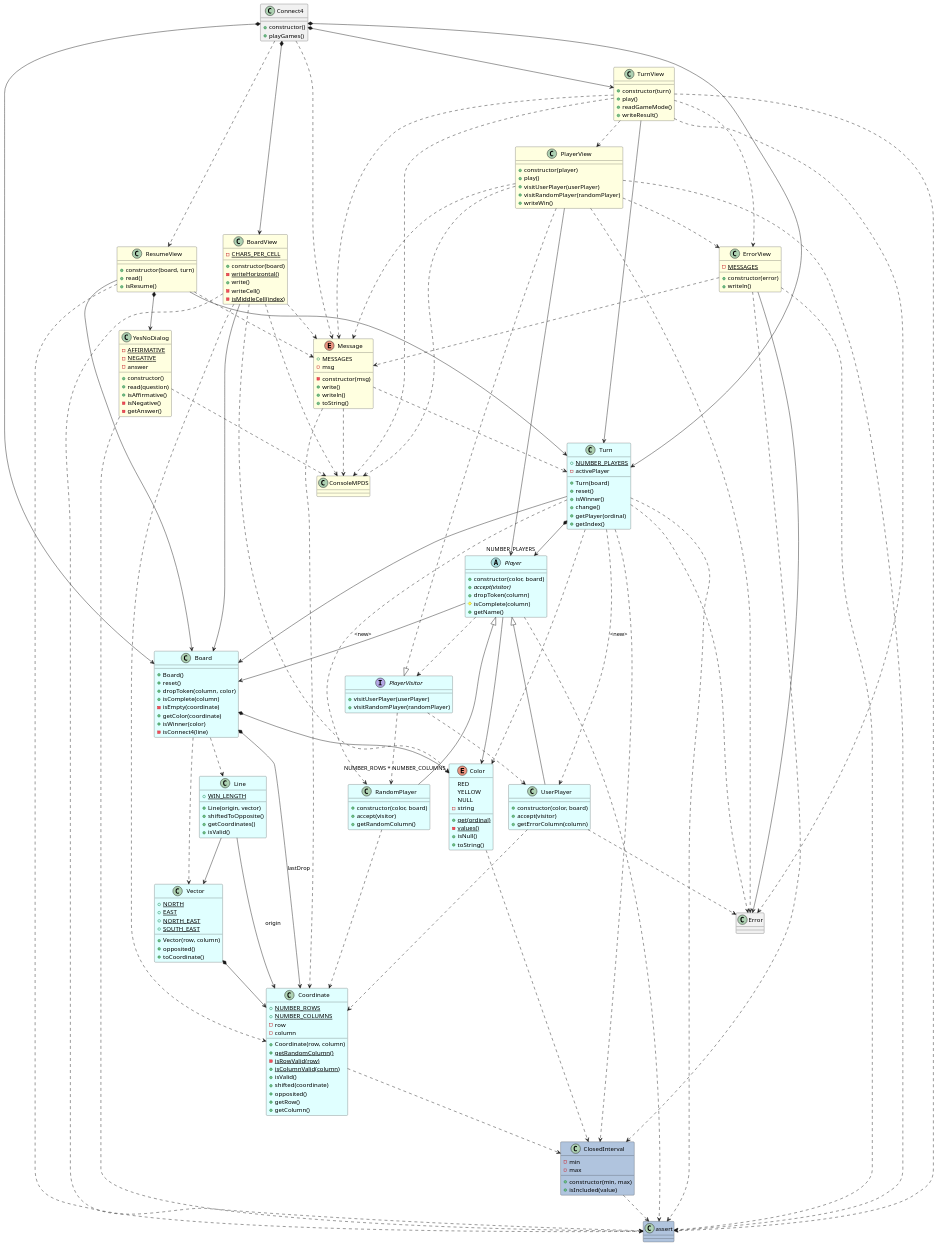
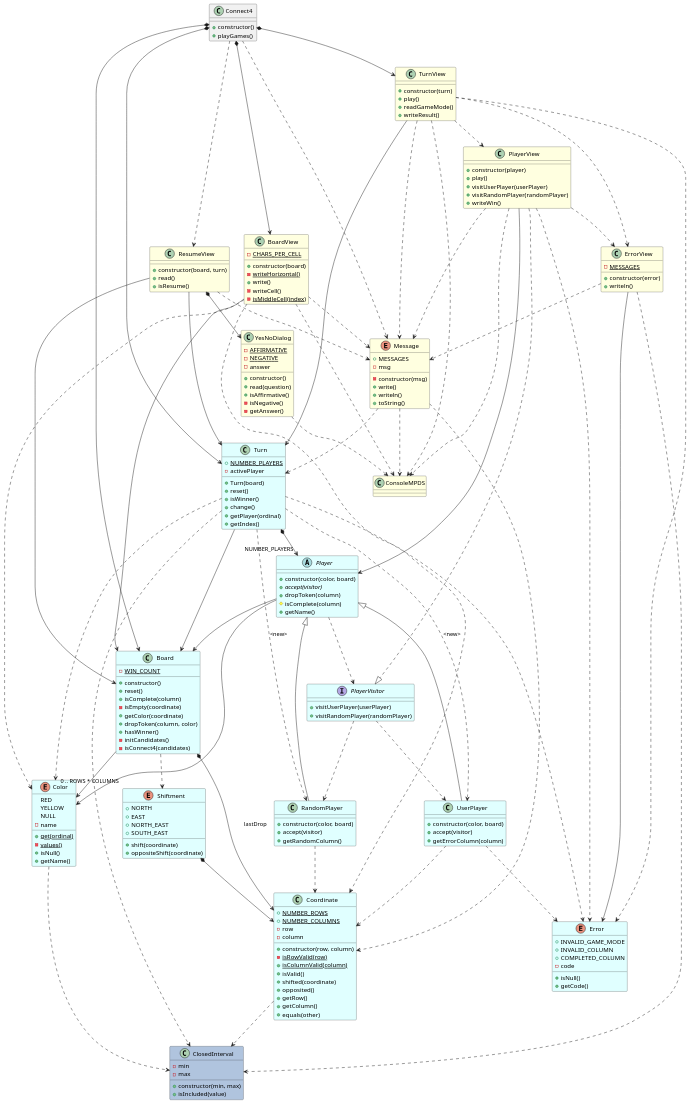
The diagram in docs/dev-resume/src/analysis.plantuml (PabloMartinFluvia/myGame-connect4), drawn with PlantUML before and after one commit. The commit also changed 5 other files, not shown here.

```diff
--- a/docs/dev-resume/src/analysis.plantuml
+++ b/docs/dev-resume/src/analysis.plantuml
@@ -28,7 +28,6 @@
     - getAnswer()
 }
 YesNoDialog ..> ConsoleMPDS
-YesNoDialog ..> assert
 
 class TurnView #LightYellow {
 
@@ -43,7 +42,6 @@
 TurnView ..> ErrorView
 TurnView ..> Message
 TurnView ..> ConsoleMPDS
-TurnView ..> assert
 
 class PlayerView #LightYellow {
 
@@ -59,7 +57,6 @@
 PlayerView ..> ErrorView
 PlayerView ..> Message
 PlayerView ..> ConsoleMPDS
-PlayerView ..> assert
 
 class ErrorView #LightYellow {
     - {static} MESSAGES
@@ -70,7 +67,6 @@
 ErrorView --> Error
 ErrorView ..> Message
 ErrorView ..> ClosedInterval
-ErrorView ..> assert
 
 class ResumeView #LightYellow {
 
@@ -82,7 +78,6 @@
 ResumeView --> Board
 ResumeView --> Turn
 ResumeView ..> Message
-ResumeView ..> assert
 
 enum Message #LightYellow {
     + MESSAGES
@@ -113,7 +108,6 @@
 BoardView ..> Color
 BoardView ..> Message
 BoardView ..> ConsoleMPDS
-BoardView ..> assert
 
 
 '' utils
@@ -125,9 +119,6 @@
     + constructor(min, max)
     + isIncluded(value)
 }
-ClosedInterval ..> assert
-
-class assert #LightSteelBlue
 
 '' models
 
@@ -142,7 +133,6 @@
 Player --> Color
 Player --> Board
 Player ..> PlayerVisitor
-Player ..> assert
 
 class UserPlayer #LightCyan {
 
@@ -189,57 +179,16 @@
 Turn ..> Color
 Turn ..> Error
 Turn ..> ClosedInterval
-Turn ..> assert
 
+enum Error #LightCyan {
+    + INVALID_GAME_MODE
+    + INVALID_COLUMN
+    + COMPLETED_COLUMN
+    - code
 
-
-
-
-
-
-
-
-
-
-
-class Board #LightCyan {
-
-    + Board()
-    + reset()
-    + dropToken(column, color)
-    + isComplete(column)
-    - isEmpty(coordinate)
-    + getColor(coordinate)
-    + isWinner(color)
-    - isConnect4(line)
+    + isNull()
+    + getCode()
 }
-Board *--> Coordinate : lastDrop
-Board *--> "NUMBER_ROWS * NUMBER_COLUMNS" Color
-Board ..> Vector
-Board ..> Line
-
-class Line #LightCyan {
-    + {static} WIN_LENGTH
-
-    + Line(origin, vector)
-    + shiftedToOpposite()
-    + getCoordinates()
-    + isValid()
-}
-Line --> Coordinate : origin
-Line --> Vector
-
-class Vector #LightCyan {
-    + {static} NORTH
-    + {static} EAST
-    + {static} NORTH_EAST
-    + {static} SOUTH_EAST
-
-    + Vector(row, column)
-    + opposited()
-    + toCoordinate()
-}
-Vector *--> Coordinate
 
 class Coordinate #LightCyan {
     + {static} NUMBER_ROWS
@@ -247,8 +196,7 @@
     - row
     - column
 
-    + Coordinate(row, column)
-    + {static} getRandomColumn()
+    + constructor(row, column)
     - {static} isRowValid(row)
     + {static} isColumnValid(column)
     + isValid()
@@ -256,6 +204,7 @@
     + opposited()
     + getRow()
     + getColumn()
+    + equals(other)
 }
 Coordinate ..> ClosedInterval
 
@@ -263,15 +212,42 @@
     RED
     YELLOW
     NULL
-    - string
+    - name
 
     + {static} get(ordinal)
     - {static} values()
     + isNull()
-    + toString()
+    + getName()
 }
 Color ..> ClosedInterval
 
+enum Shiftment #LightCyan {
+    + NORTH
+    + EAST
+    + NORTH_EAST
+    + SOUTH_EAST
+
+    + shift(coordinate)
+    + oppositeShift(coordinate)
+}
+Shiftment *--> Coordinate
 
 
+class Board #LightCyan {
+    - {static} WIN_COUNT
+
+    + constructor()
+    + reset()
+    + isComplete(column)
+    - isEmpty(coordinate)
+    + getColor(coordinate)
+    + dropToken(column, color)        
+    + hasWinner()
+    - initCandidates()
+    - isConnect4(candidates)
+}
+Board --> "0 .. ROWS * COLUMNS" Color
+Board *--> Coordinate : lastDrop
+Board ..> Shiftment
+
 @enduml
```
